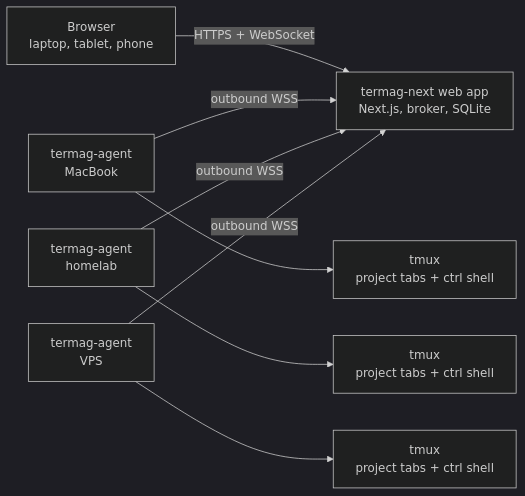
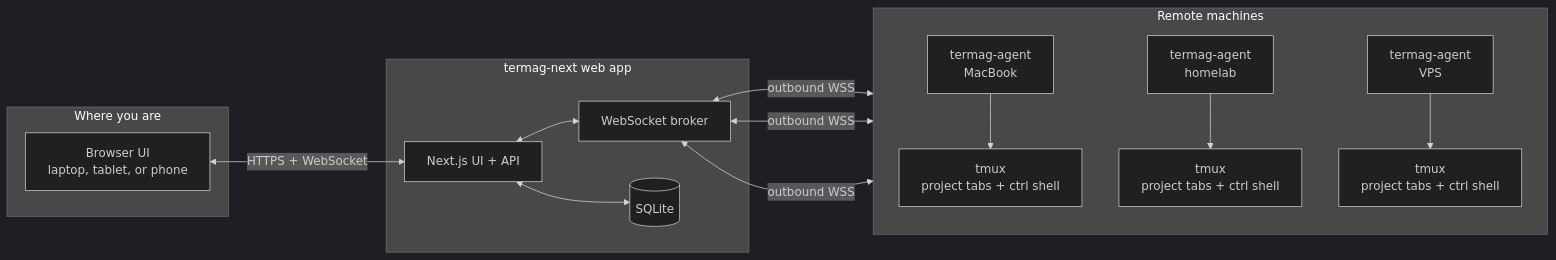
Before and after one commit to yeutterg/termag: the diagram in README.md, drawn with Mermaid (dark theme). The commit also changed other lines of this file and 1 other file, not shown here.

Commit message:
Update README screenshot and diagram

````diff
--- a/README.md
+++ b/README.md
@@ -15,12 +13,26 @@
 ```mermaid
 flowchart LR
-  Browser["Browser<br/>laptop, tablet, phone"] -->|"HTTPS + WebSocket"| Web["termag-next web app<br/>Next.js, broker, SQLite"]
+  subgraph Client["Where you are"]
+    Browser["Browser UI<br/>laptop, tablet, or phone"]
+  end
 
-  AgentA["termag-agent<br/>MacBook"] -->|"outbound WSS"| Web
-  AgentB["termag-agent<br/>homelab"] -->|"outbound WSS"| Web
-  AgentC["termag-agent<br/>VPS"] -->|"outbound WSS"| Web
+  subgraph Web["termag-next web app"]
+    Next["Next.js UI + API"]
+    Broker["WebSocket broker"]
+    DB[("SQLite")]
+    Next <--> Broker
+    Next <--> DB
+  end
 
-  AgentA --> TmuxA["tmux<br/>project tabs + ctrl shell"]
-  AgentB --> TmuxB["tmux<br/>project tabs + ctrl shell"]
-  AgentC --> TmuxC["tmux<br/>project tabs + ctrl shell"]
+  subgraph Machines["Remote machines"]
+    direction TB
+    AgentA["termag-agent<br/>MacBook"] --> TmuxA["tmux<br/>project tabs + ctrl shell"]
+    AgentB["termag-agent<br/>homelab"] --> TmuxB["tmux<br/>project tabs + ctrl shell"]
+    AgentC["termag-agent<br/>VPS"] --> TmuxC["tmux<br/>project tabs + ctrl shell"]
+  end
+
+  Browser <-->|HTTPS + WebSocket| Next
+  Broker <-->|outbound WSS| AgentA
+  Broker <-->|outbound WSS| AgentB
+  Broker <-->|outbound WSS| AgentC
 ```
````
